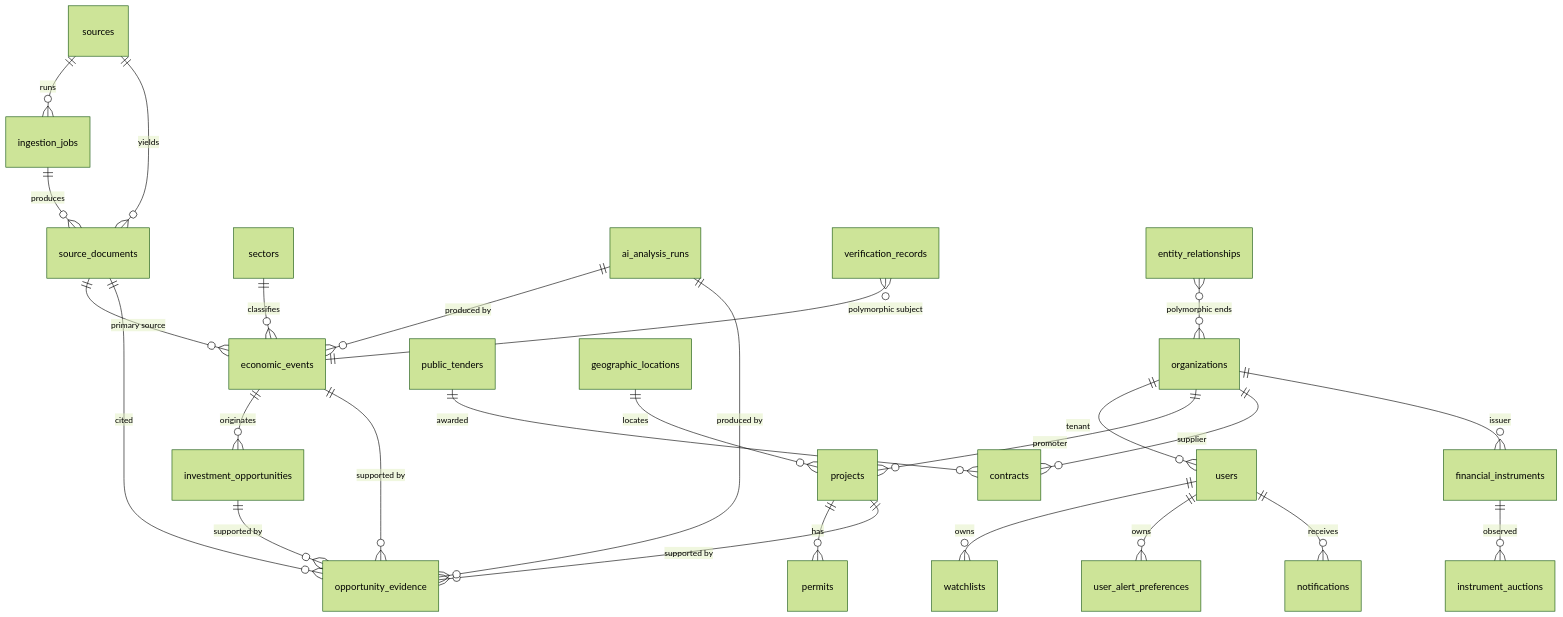
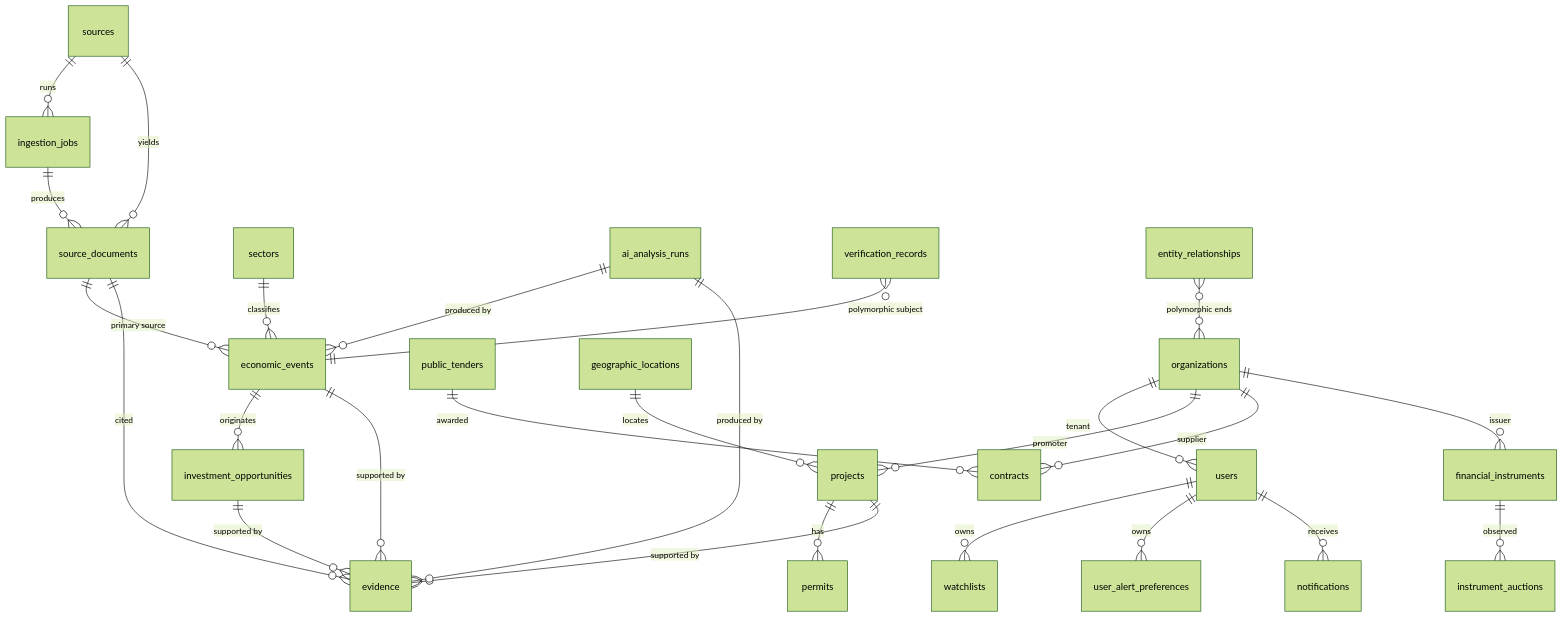
Before and after one commit to Avismaelg/portal-de-inversiones: the diagram in docs/datos/MODELO-DATOS.md, drawn with Mermaid (forest theme). The commit also changed other lines of this file and 24 other files, not shown here.

````diff
--- a/docs/datos/MODELO-DATOS.md
+++ b/docs/datos/MODELO-DATOS.md
@@ -46,28 +46,28 @@
 ```mermaid
 erDiagram
     organizations ||--o{ users : "tenant"
     organizations ||--o{ projects : promoter
     organizations ||--o{ contracts : supplier
     organizations ||--o{ financial_instruments : issuer
     sources ||--o{ ingestion_jobs : runs
     sources ||--o{ source_documents : yields
     ingestion_jobs ||--o{ source_documents : produces
     source_documents ||--o{ economic_events : "primary source"
-    source_documents ||--o{ opportunity_evidence : cited
+    source_documents ||--o{ evidence : cited
     economic_events ||--o{ investment_opportunities : originates
-    investment_opportunities ||--o{ opportunity_evidence : "supported by"
-    economic_events ||--o{ opportunity_evidence : "supported by"
+    investment_opportunities ||--o{ evidence : "supported by"
+    economic_events ||--o{ evidence : "supported by"
     projects ||--o{ permits : has
-    projects ||--o{ opportunity_evidence : "supported by"
+    projects ||--o{ evidence : "supported by"
     public_tenders ||--o{ contracts : awarded
     financial_instruments ||--o{ instrument_auctions : observed
     sectors ||--o{ economic_events : classifies
     geographic_locations ||--o{ projects : locates
     users ||--o{ watchlists : owns
     users ||--o{ user_alert_preferences : owns
     users ||--o{ notifications : receives
     ai_analysis_runs ||--o{ economic_events : "produced by"
-    ai_analysis_runs ||--o{ opportunity_evidence : "produced by"
+    ai_analysis_runs ||--o{ evidence : "produced by"
     verification_records }o--|| economic_events : "polymorphic subject"
     entity_relationships }o--o{ organizations : "polymorphic ends"
 ```
````
